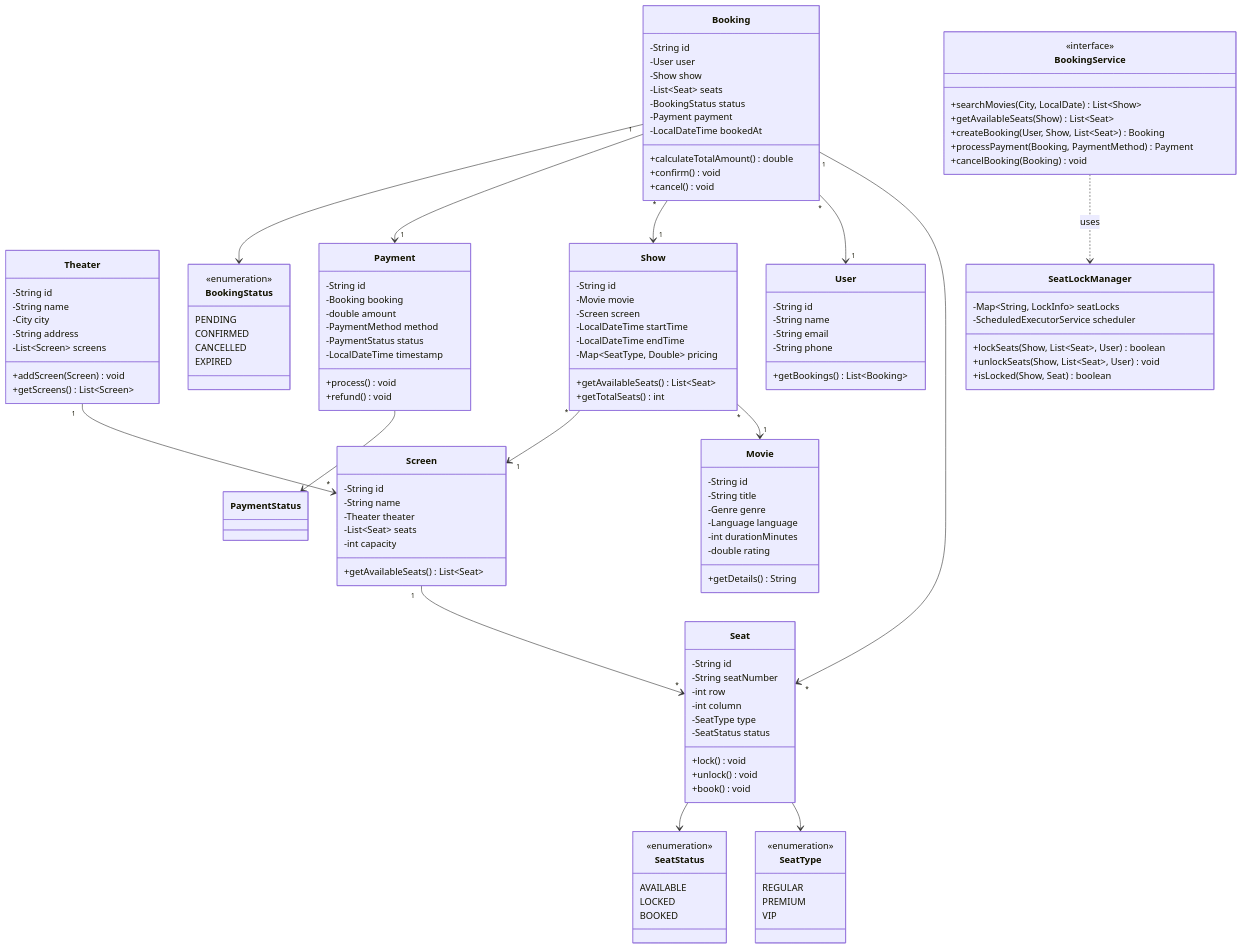
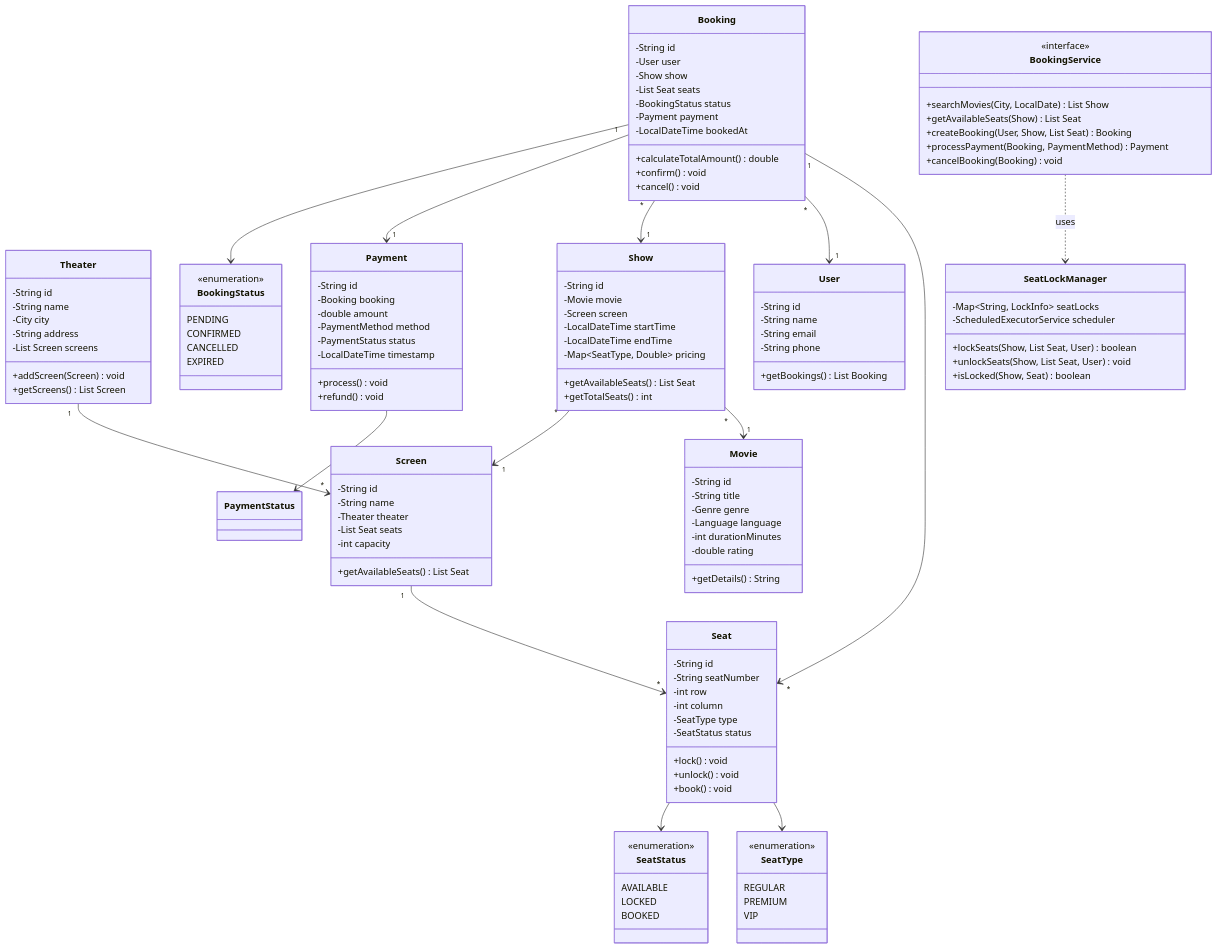
One commit to dlkr18/lld-playbook changed the diagram in docs/problems/bookmyshow/README.md. Above: the diagram before and after it, drawn with Mermaid. The commit also changed 26 other files, not shown here.

First line of the commit message:
Fix Mermaid v10 syntax errors in class diagrams.

```diff
--- a/docs/problems/bookmyshow/README.md
+++ b/docs/problems/bookmyshow/README.md
@@ -151,18 +151,18 @@
         -String name
         -City city
         -String address
-        -List~Screen~ screens
+        -List Screen screens
         +addScreen(Screen) void
-        +getScreens() List~Screen~
+        +getScreens() List Screen
     }
 
     class Screen {
         -String id
         -String name
         -Theater theater
-        -List~Seat~ seats
+        -List Seat seats
         -int capacity
-        +getAvailableSeats() List~Seat~
+        +getAvailableSeats() List Seat
     }
 
     class Show {
@@ -172,7 +172,7 @@
         -LocalDateTime startTime
         -LocalDateTime endTime
         -Map~SeatType, Double~ pricing
-        +getAvailableSeats() List~Seat~
+        +getAvailableSeats() List Seat
         +getTotalSeats() int
     }
 
@@ -192,7 +192,7 @@
         -String id
         -User user
         -Show show
-        -List~Seat~ seats
+        -List Seat seats
         -BookingStatus status
         -Payment payment
         -LocalDateTime bookedAt
@@ -217,14 +217,14 @@
         -String name
         -String email
         -String phone
-        +getBookings() List~Booking~
+        +getBookings() List Booking
     }
 
     class BookingService {
         <<interface>>
-        +searchMovies(City, LocalDate) List~Show~
-        +getAvailableSeats(Show) List~Seat~
-        +createBooking(User, Show, List~Seat~) Booking
+        +searchMovies(City, LocalDate) List Show
+        +getAvailableSeats(Show) List Seat
+        +createBooking(User, Show, List Seat) Booking
         +processPayment(Booking, PaymentMethod) Payment
         +cancelBooking(Booking) void
     }
@@ -232,8 +232,8 @@
     class SeatLockManager {
         -Map~String, LockInfo~ seatLocks
         -ScheduledExecutorService scheduler
-        +lockSeats(Show, List~Seat~, User) boolean
-        +unlockSeats(Show, List~Seat~, User) void
+        +lockSeats(Show, List Seat, User) boolean
+        +unlockSeats(Show, List Seat, User) void
         +isLocked(Show, Seat) boolean
     }
 
```
